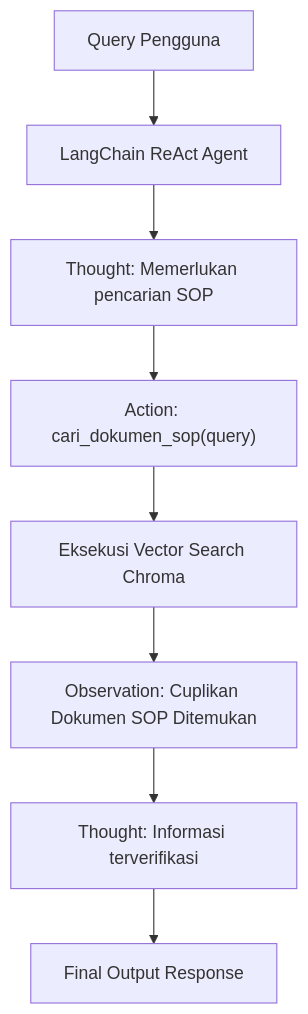
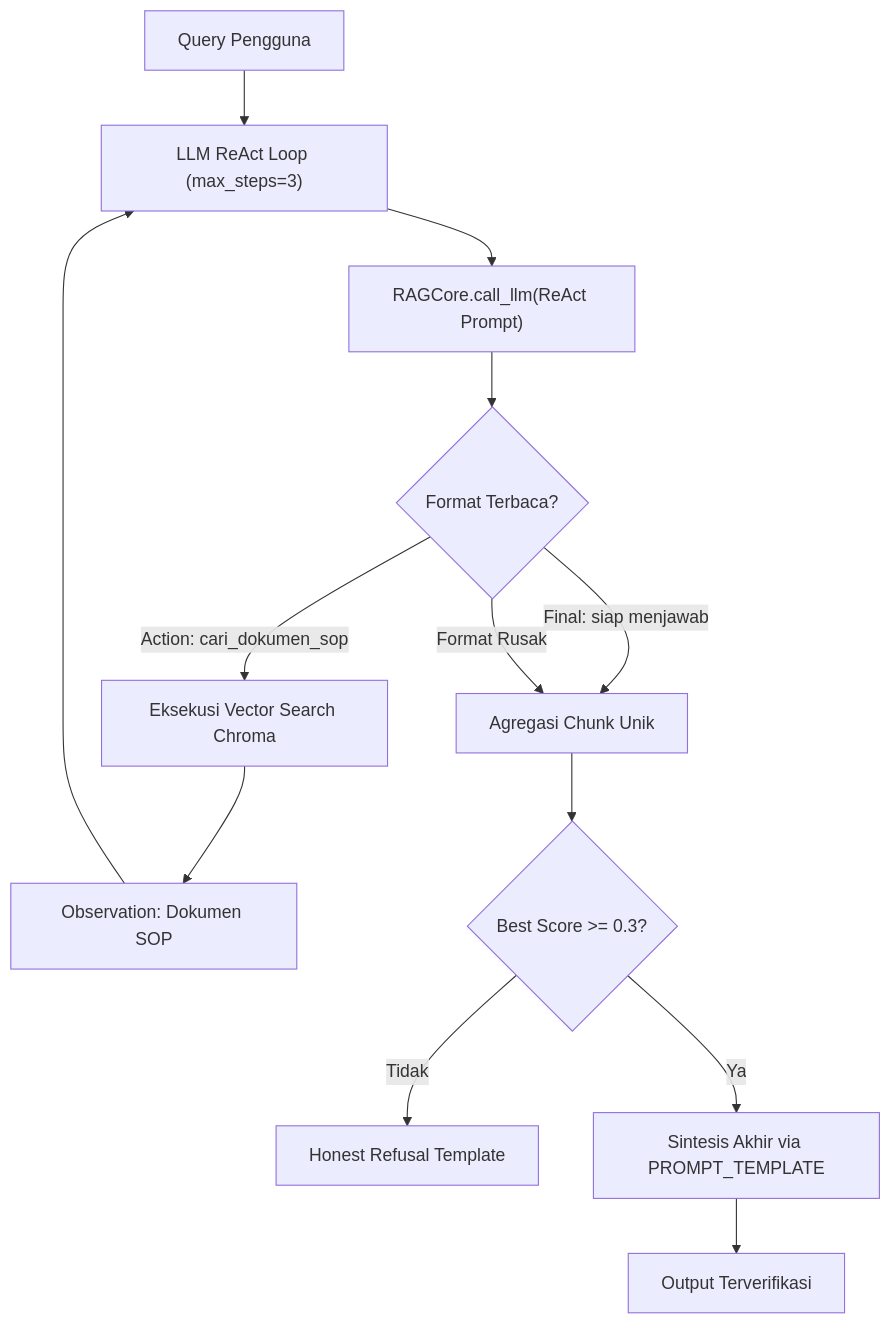
One commit to reon01425-glitch/Chatbot-RAG-Comparison changed the fifth of 8 diagrams in docs/ARCHITECTURE.md. Above: the diagram before and after it, drawn with Mermaid. The commit also changed other lines of this file and 12 other files, not shown here.

First line of the commit message:
docs: update architecture documentation, evaluation protocol, and changelog report (Tugas 5)

````diff
--- a/docs/ARCHITECTURE.md
+++ b/docs/ARCHITECTURE.md
@@ -128,10 +137,13 @@
 ```mermaid
 flowchart TD
-    Input[Query Pengguna] --> Agent["LangChain ReAct Agent"]
-    Agent --> Thought1["Thought: Memerlukan pencarian SOP"]
-    Thought1 --> Action["Action: cari_dokumen_sop(query)"]
-    Action --> ToolExec["Eksekusi Vector Search Chroma"]
-    ToolExec --> Obs["Observation: Cuplikan Dokumen SOP Ditemukan"]
-    Obs --> Thought2["Thought: Informasi terverifikasi"]
-    Thought2 --> FinalOutput["Final Output Response"]
+    Input[Query Pengguna] --> Agent["LLM ReAct Loop (max_steps=3)"]
+    Agent --> LLMCall["RAGCore.call_llm(ReAct Prompt)"]
+    LLMCall --> Parse{Format Terbaca?}
+    Parse -- "Action: cari_dokumen_sop" --> ToolExec["Eksekusi Vector Search Chroma"]
+    ToolExec --> Obs["Observation: Dokumen SOP"] --> Agent
+    Parse -- "Final: siap menjawab" --> Agg[Agregasi Chunk Unik]
+    Parse -- Format Rusak --> Agg
+    Agg --> Check{Best Score >= 0.3?}
+    Check -- Tidak --> Refusal[Honest Refusal Template]
+    Check -- Ya --> Synth["Sintesis Akhir via PROMPT_TEMPLATE"] --> Answer[Output Terverifikasi]
 ```
````
